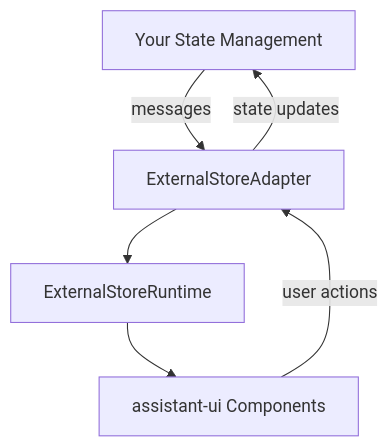
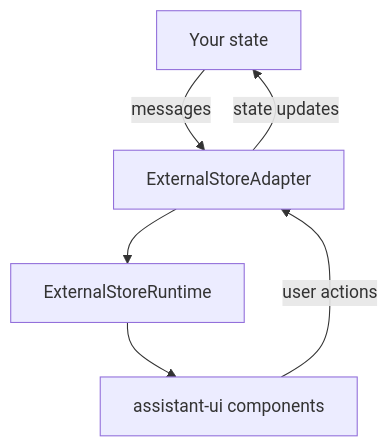
Before and after one commit to shaneholloman/assistant-ui: the diagram in apps/docs/content/docs/runtimes/custom/external-store.mdx, drawn with Mermaid. The commit also changed other lines of this file and 83 other files, not shown here.

````diff
--- a/apps/docs/content/docs/runtimes/custom/external-store.mdx
+++ b/apps/docs/content/docs/runtimes/custom/external-store.mdx
@@ -129,8 +20,8 @@
 ```mermaid
 graph TD
-    A[Your State Management] -->|messages| B[ExternalStoreAdapter]
+    A[Your state] -->|messages| B[ExternalStoreAdapter]
     B --> C[ExternalStoreRuntime]
-    C --> D[assistant-ui Components]
+    C --> D[assistant-ui components]
     D -->|user actions| B
     B -->|state updates| A
 ```
````
